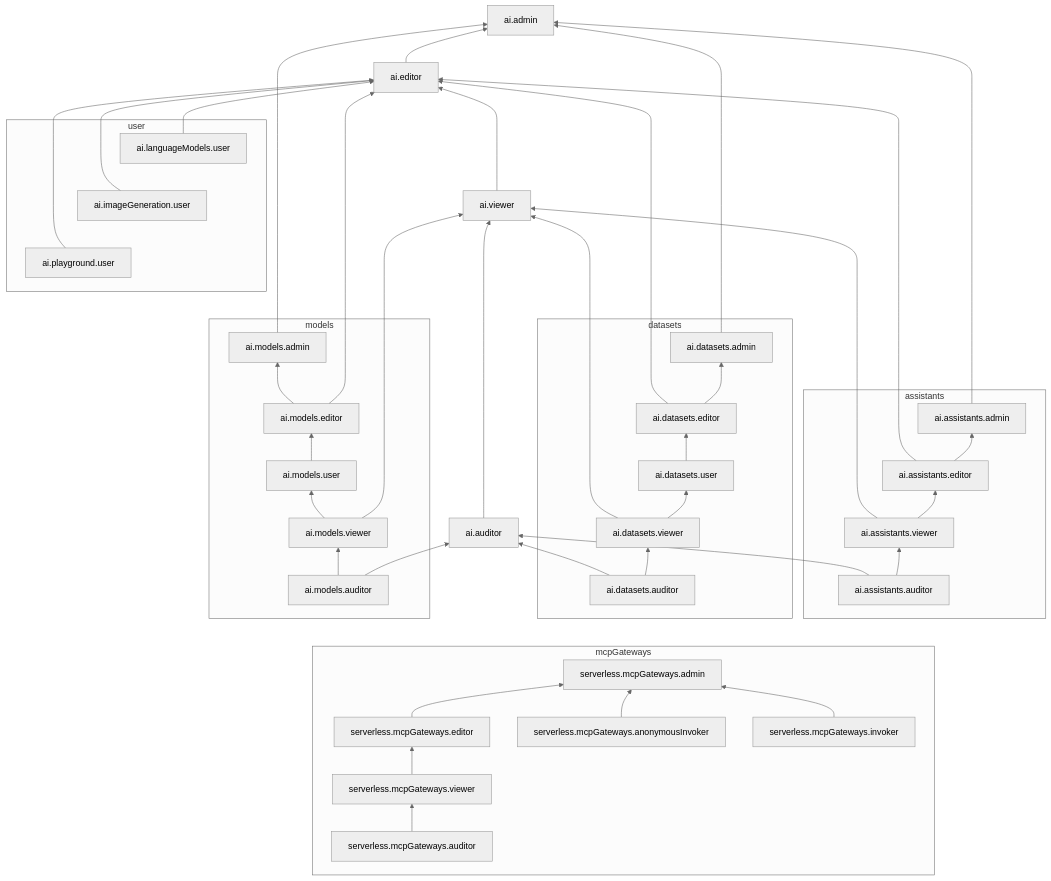
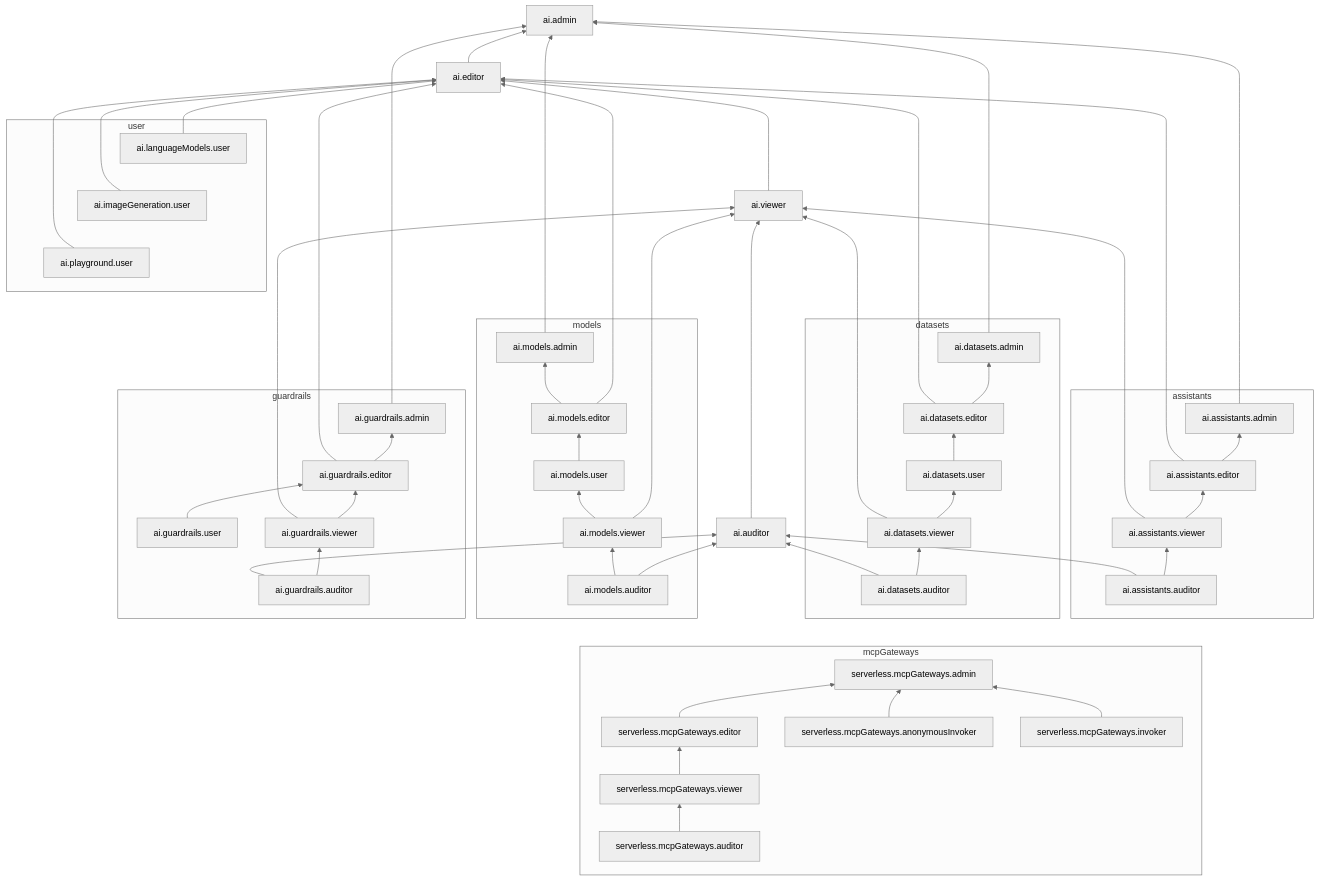
The diagram in en/_mermaid/roles/ai-studio.md (yandex-cloud/docs), drawn with Mermaid (neutral theme) before and after one commit. The commit also changed 2290 other files, not shown here.

````diff
--- a/en/_mermaid/roles/ai-studio.md
+++ b/en/_mermaid/roles/ai-studio.md
@@ -1,60 +1,72 @@
 ```mermaid
 flowchart BT
     ai.editor --> ai.admin
     ai.viewer ---> ai.editor
     ai.auditor ------> ai.viewer
 
     subgraph assistants
     ai.assistants.editor --> ai.assistants.admin
     ai.assistants.viewer --> ai.assistants.editor
     ai.assistants.auditor --> ai.assistants.viewer
     end
 
     ai.assistants.admin --> ai.admin
     ai.assistants.editor --> ai.editor
     ai.assistants.viewer --> ai.viewer
     ai.assistants.auditor --> ai.auditor
 
     subgraph datasets
     ai.datasets.editor --> ai.datasets.admin
     ai.datasets.user --> ai.datasets.editor
     ai.datasets.viewer  --> ai.datasets.user
     ai.datasets.auditor --> ai.datasets.viewer 
     end
 
     ai.datasets.admin --> ai.admin
     ai.datasets.editor --> ai.editor
     ai.datasets.viewer --> ai.viewer
     ai.datasets.auditor --> ai.auditor
 
     ai.models.admin ---> ai.admin
     ai.models.editor --> ai.editor
     ai.models.viewer --> ai.viewer
     ai.models.auditor --> ai.auditor
 
     subgraph models
     ai.models.editor --> ai.models.admin
     ai.models.user --> ai.models.editor
     ai.models.viewer --> ai.models.user
     ai.models.auditor --> ai.models.viewer
     end
 
     subgraph user
     ai.imageGeneration.user ~~~ ai.languageModels.user
     ai.playground.user ~~~ ai.imageGeneration.user
     end
 
+    subgraph guardrails
+    ai.guardrails.editor --> ai.guardrails.admin
+    ai.guardrails.user --> ai.guardrails.editor
+    ai.guardrails.viewer --> ai.guardrails.editor
+    ai.guardrails.auditor --> ai.guardrails.viewer
+    end
+
+    ai.guardrails.admin --> ai.admin
+    ai.guardrails.editor --> ai.editor
+    ai.guardrails.viewer --> ai.viewer
+    ai.guardrails.auditor --> ai.auditor
+
     ai.languageModels.user --> ai.editor
     ai.imageGeneration.user --> ai.editor
     ai.playground.user --> ai.editor
 
     subgraph mcpGateways
     serverless.mcpGateways.editor --> serverless.mcpGateways.admin
     serverless.mcpGateways.anonymousInvoker --> serverless.mcpGateways.admin
     serverless.mcpGateways.invoker --> serverless.mcpGateways.admin
     serverless.mcpGateways.viewer --> serverless.mcpGateways.editor
     serverless.mcpGateways.auditor --> serverless.mcpGateways.viewer
     end
 
     serverless.mcpGateways.admin ~~~ ai.datasets.auditor
 ```
````
